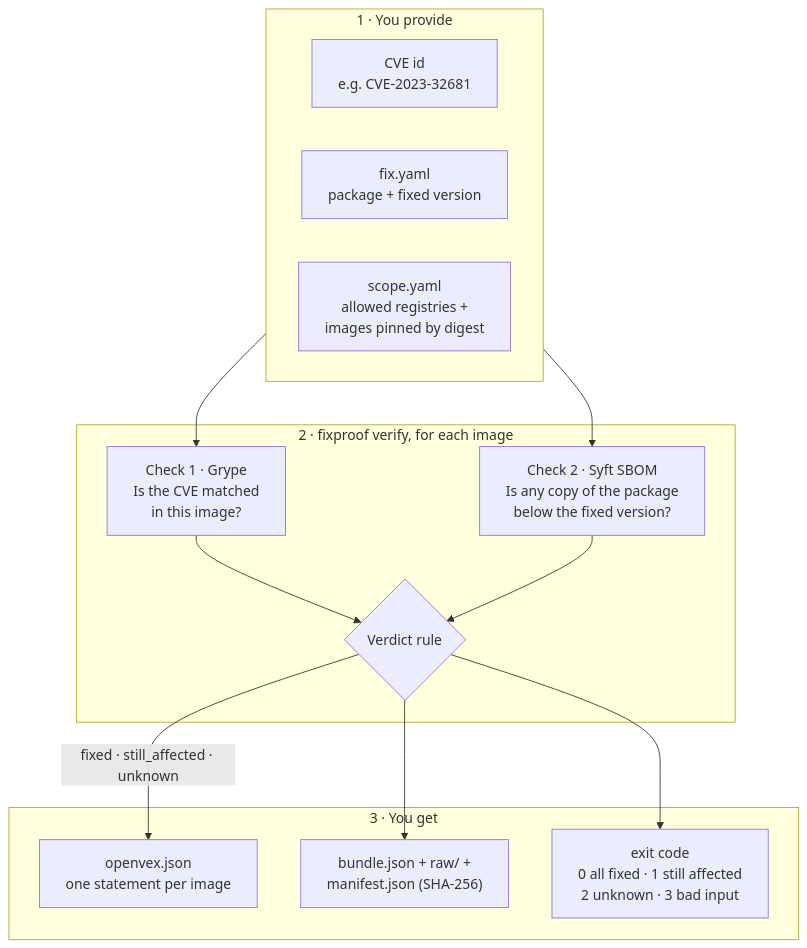
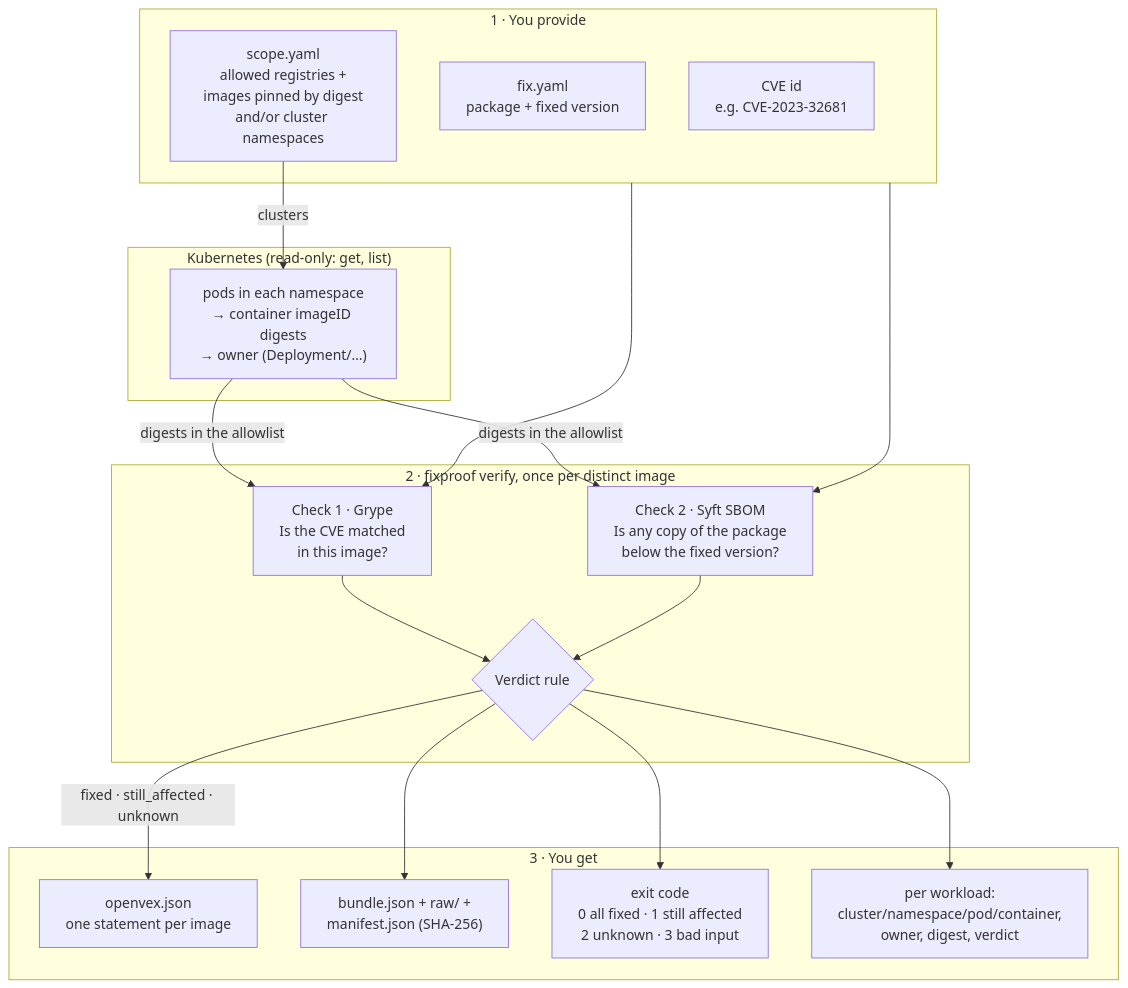
One commit to Govardhan527/fixproof changed the first of 4 diagrams in README.md. Above: the diagram before and after it, drawn with Mermaid. The commit also changed other lines of this file and 5 other files, not shown here.

````diff
--- a/README.md
+++ b/README.md
@@ -49,28 +52,37 @@
 ```mermaid
 flowchart TD
     subgraph IN["1 · You provide"]
         CVE["CVE id<br/>e.g. CVE-2023-32681"]
         FIX["fix.yaml<br/>package + fixed version"]
-        SCOPE["scope.yaml<br/>allowed registries +<br/>images pinned by digest"]
+        SCOPE["scope.yaml<br/>allowed registries +<br/>images pinned by digest<br/>and/or cluster namespaces"]
     end
 
-    subgraph RUN["2 · fixproof verify, for each image"]
+    subgraph K8S["Kubernetes (read-only: get, list)"]
+        PODS["pods in each namespace<br/>→ container imageID digests<br/>→ owner (Deployment/…)"]
+    end
+
+    subgraph RUN["2 · fixproof verify, once per distinct image"]
         G["Check 1 · Grype<br/>Is the CVE matched<br/>in this image?"]
         S["Check 2 · Syft SBOM<br/>Is any copy of the package<br/>below the fixed version?"]
         V{"Verdict rule"}
     end
 
     subgraph OUT["3 · You get"]
         VEX["openvex.json<br/>one statement per image"]
         BUNDLE["bundle.json + raw/ +<br/>manifest.json (SHA-256)"]
         CODE["exit code<br/>0 all fixed · 1 still affected<br/>2 unknown · 3 bad input"]
+        WL["per workload:<br/>cluster/namespace/pod/container,<br/>owner, digest, verdict"]
     end
 
+    SCOPE -- clusters --> PODS
+    PODS -- "digests in the allowlist" --> G
+    PODS -- "digests in the allowlist" --> S
     IN --> G
     IN --> S
     G --> V
     S --> V
     V -- "fixed · still_affected · unknown" --> VEX
     V --> BUNDLE
     V --> CODE
+    V --> WL
 ```
````
